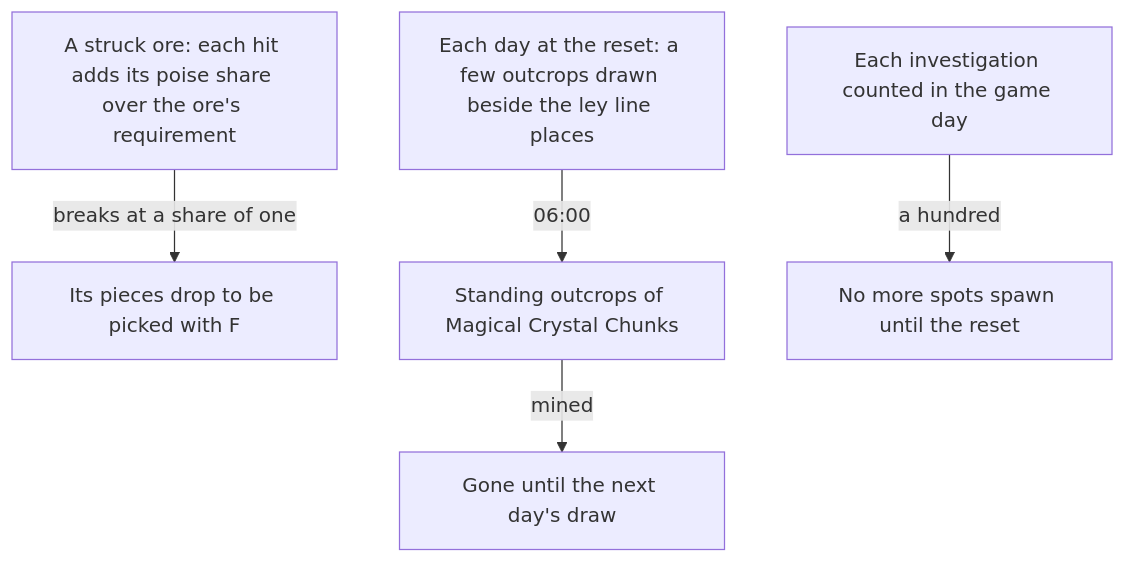
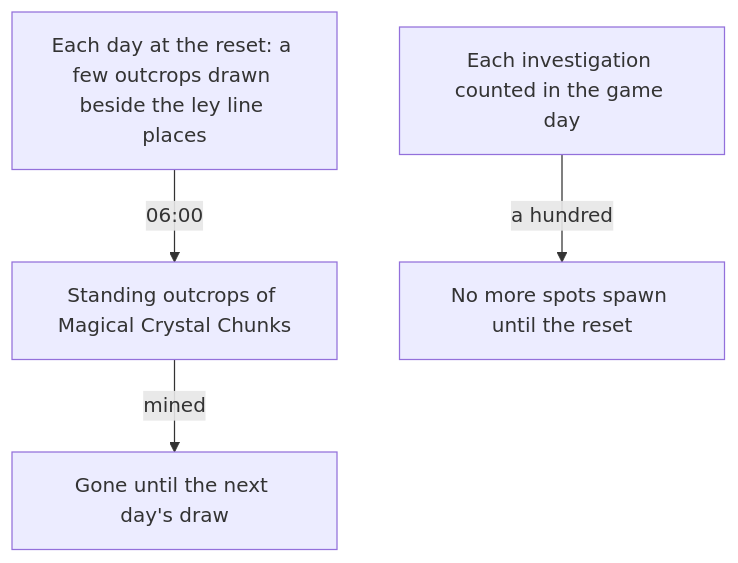
The diagram in apps/web/content/docs/proposals/genshin/gathering.md (Esposter/Esposter), drawn with Mermaid before and after one commit. The commit also changed other lines of this file and 3 other files, not shown here.

````diff
--- a/apps/web/content/docs/proposals/genshin/gathering.md
+++ b/apps/web/content/docs/proposals/genshin/gathering.md
@@ -24,7 +20,6 @@
 ```mermaid
 flowchart TD
-  S["A struck ore: each hit adds its poise share over the ore's requirement"] -->|"breaks at a share of one"| P["Its pieces drop to be picked with F"]
   D["Each day at the reset: a few outcrops drawn beside the ley line places"] -->|"06:00"| O["Standing outcrops of Magical Crystal Chunks"]
   O -->|"mined"| G["Gone until the next day's draw"]
   I["Each investigation counted in the game day"] -->|"a hundred"| N["No more spots spawn until the reset"]
 ```
````
